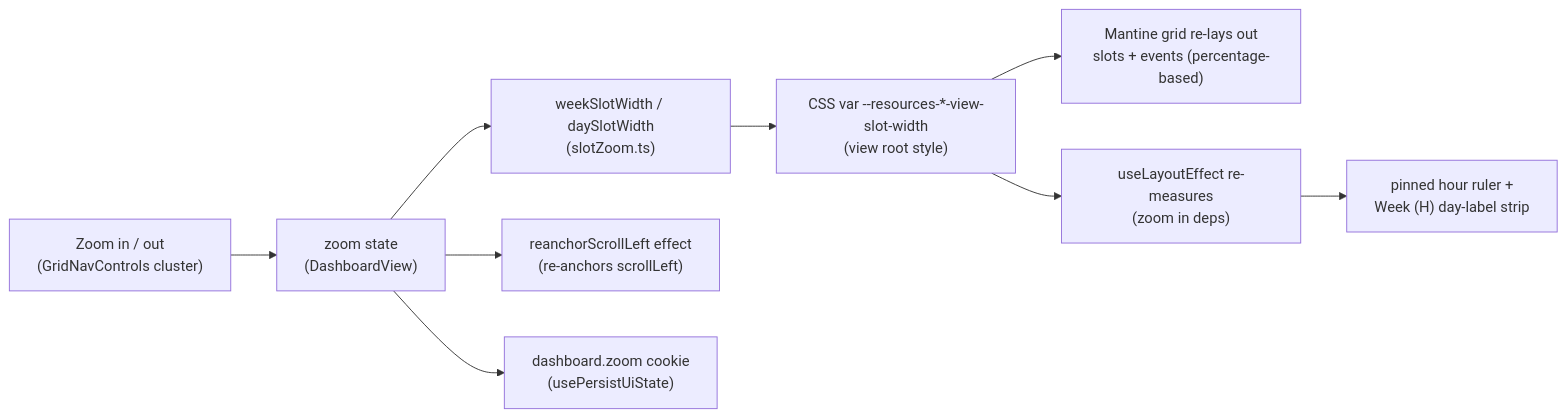
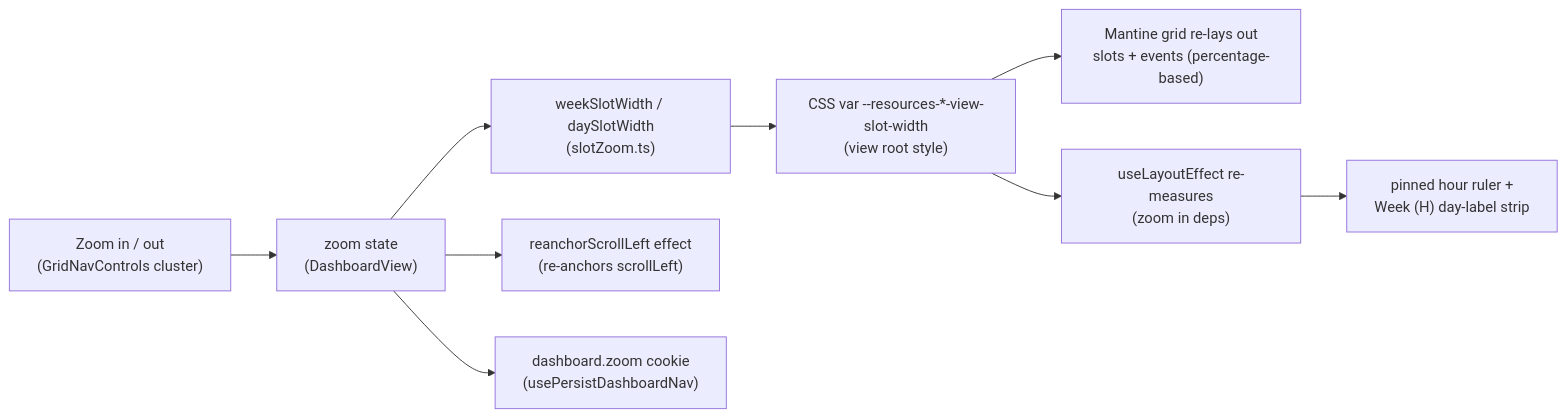
The fourth of 4 diagrams in docs/dashboard-views.md (oncloudnintynineone-source/cloudy2), drawn with Mermaid before and after one commit. The commit also changed other lines of this file and 25 other files, not shown here.

````diff
--- a/docs/dashboard-views.md
+++ b/docs/dashboard-views.md
@@ -300,11 +347,11 @@
 ```mermaid
 flowchart LR
     B["Zoom in / out<br/>(GridNavControls cluster)"] --> S["zoom state<br/>(DashboardView)"]
     S --> W["weekSlotWidth / daySlotWidth<br/>(slotZoom.ts)"]
     W --> V["CSS var --resources-*-view-slot-width<br/>(view root style)"]
     V --> G["Mantine grid re-lays out<br/>slots + events (percentage-based)"]
     V --> M["useLayoutEffect re-measures<br/>(zoom in deps)"]
     M --> R["pinned hour ruler +<br/>Week (H) day-label strip"]
     S --> A["reanchorScrollLeft effect<br/>(re-anchors scrollLeft)"]
-    S --> C["dashboard.zoom cookie<br/>(usePersistUiState)"]
+    S --> C["dashboard.zoom cookie<br/>(usePersistDashboardNav)"]
 ```
````
